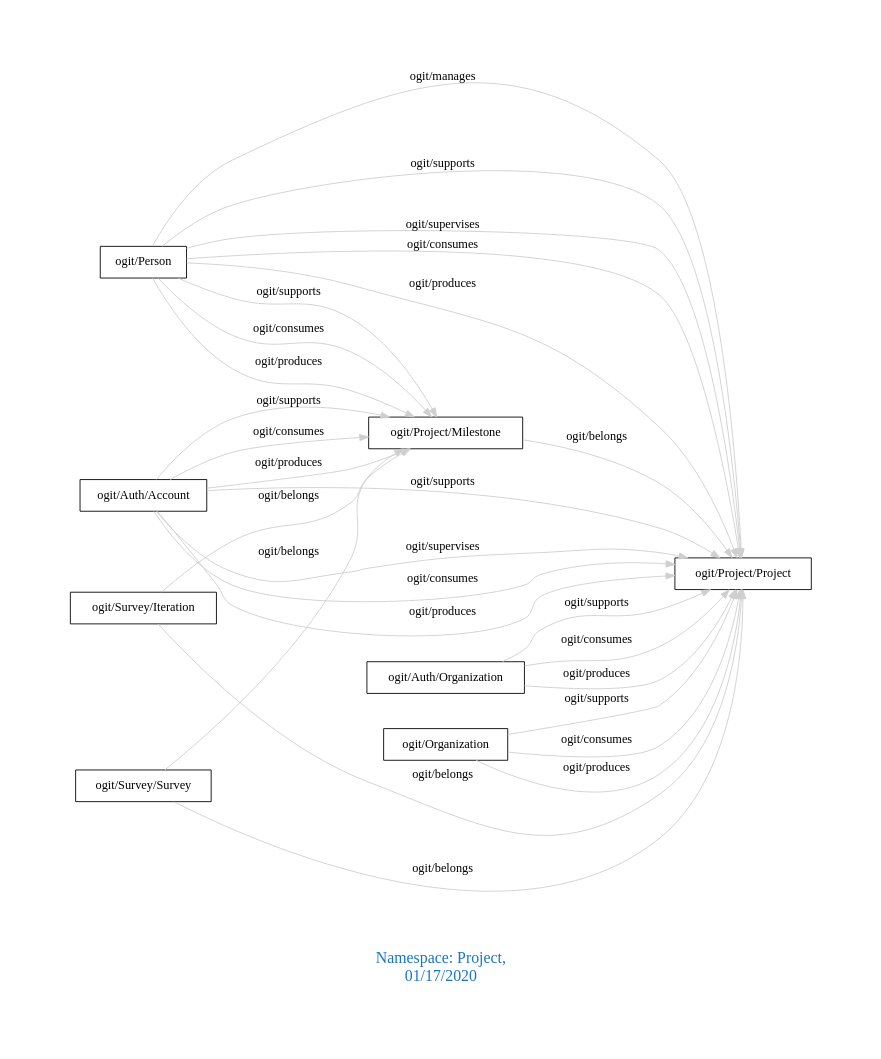
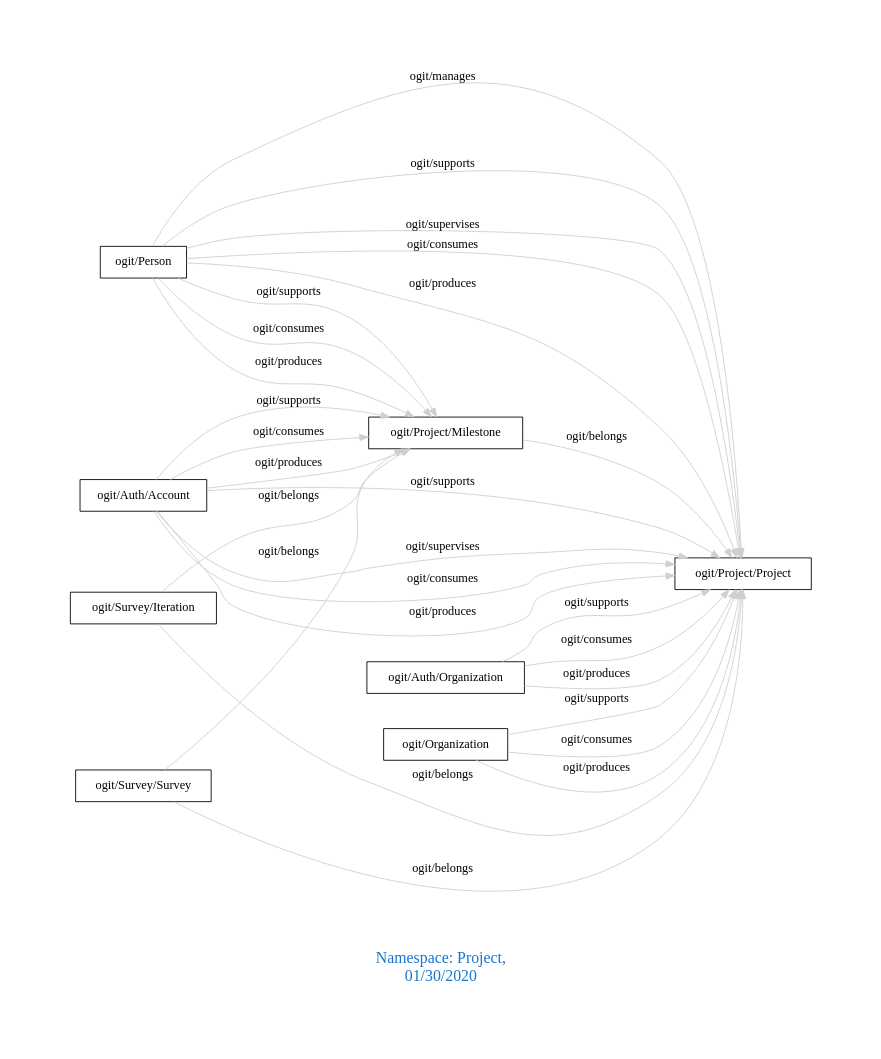
One commit to arago/OGIT changed the diagram in downloads/Project.dot. Above: the diagram before and after it, drawn with Graphviz. The commit also changed 1675 other files, not shown here.

```diff
--- a/downloads/Project.dot
+++ b/downloads/Project.dot
@@ -1,34 +1,34 @@
 digraph OGIT_ontology {
  graph [ rankdir= LR,pad=1 
 fontsize = 18,
-fontcolor= dodgerblue3,label = "\n\n\nNamespace: Project, \n 01/17/2020"];
+fontcolor= dodgerblue3,label = "\n\n\nNamespace: Project, \n 01/30/2020"];
 node[shape=polygon];
 edge [  color="gray81"];
 
    "ogit/Person" -> "ogit/Project/Project" [label="   ogit/manages    "];
    "ogit/Auth/Account" -> "ogit/Project/Milestone" [label="   ogit/supports    "];
    "ogit/Auth/Account" -> "ogit/Project/Project" [label="   ogit/supports    "];
    "ogit/Auth/Organization" -> "ogit/Project/Project" [label="   ogit/supports    "];
    "ogit/Organization" -> "ogit/Project/Project" [label="   ogit/supports    "];
    "ogit/Person" -> "ogit/Project/Milestone" [label="   ogit/supports    "];
    "ogit/Person" -> "ogit/Project/Project" [label="   ogit/supports    "];
    "ogit/Auth/Account" -> "ogit/Project/Project" [label="   ogit/supervises    "];
    "ogit/Person" -> "ogit/Project/Project" [label="   ogit/supervises    "];
    "ogit/Auth/Account" -> "ogit/Project/Milestone" [label="   ogit/consumes    "];
    "ogit/Auth/Account" -> "ogit/Project/Project" [label="   ogit/consumes    "];
    "ogit/Auth/Organization" -> "ogit/Project/Project" [label="   ogit/consumes    "];
    "ogit/Organization" -> "ogit/Project/Project" [label="   ogit/consumes    "];
    "ogit/Person" -> "ogit/Project/Milestone" [label="   ogit/consumes    "];
    "ogit/Person" -> "ogit/Project/Project" [label="   ogit/consumes    "];
    "ogit/Auth/Account" -> "ogit/Project/Milestone" [label="   ogit/produces    "];
    "ogit/Auth/Account" -> "ogit/Project/Project" [label="   ogit/produces    "];
    "ogit/Auth/Organization" -> "ogit/Project/Project" [label="   ogit/produces    "];
    "ogit/Organization" -> "ogit/Project/Project" [label="   ogit/produces    "];
    "ogit/Person" -> "ogit/Project/Milestone" [label="   ogit/produces    "];
    "ogit/Person" -> "ogit/Project/Project" [label="   ogit/produces    "];
    "ogit/Project/Milestone" -> "ogit/Project/Project" [label="   ogit/belongs    "];
    "ogit/Survey/Iteration" -> "ogit/Project/Milestone" [label="   ogit/belongs    "];
    "ogit/Survey/Iteration" -> "ogit/Project/Project" [label="   ogit/belongs    "];
    "ogit/Survey/Survey" -> "ogit/Project/Milestone" [label="   ogit/belongs    "];
    "ogit/Survey/Survey" -> "ogit/Project/Project" [label="   ogit/belongs    "];
 }
```
